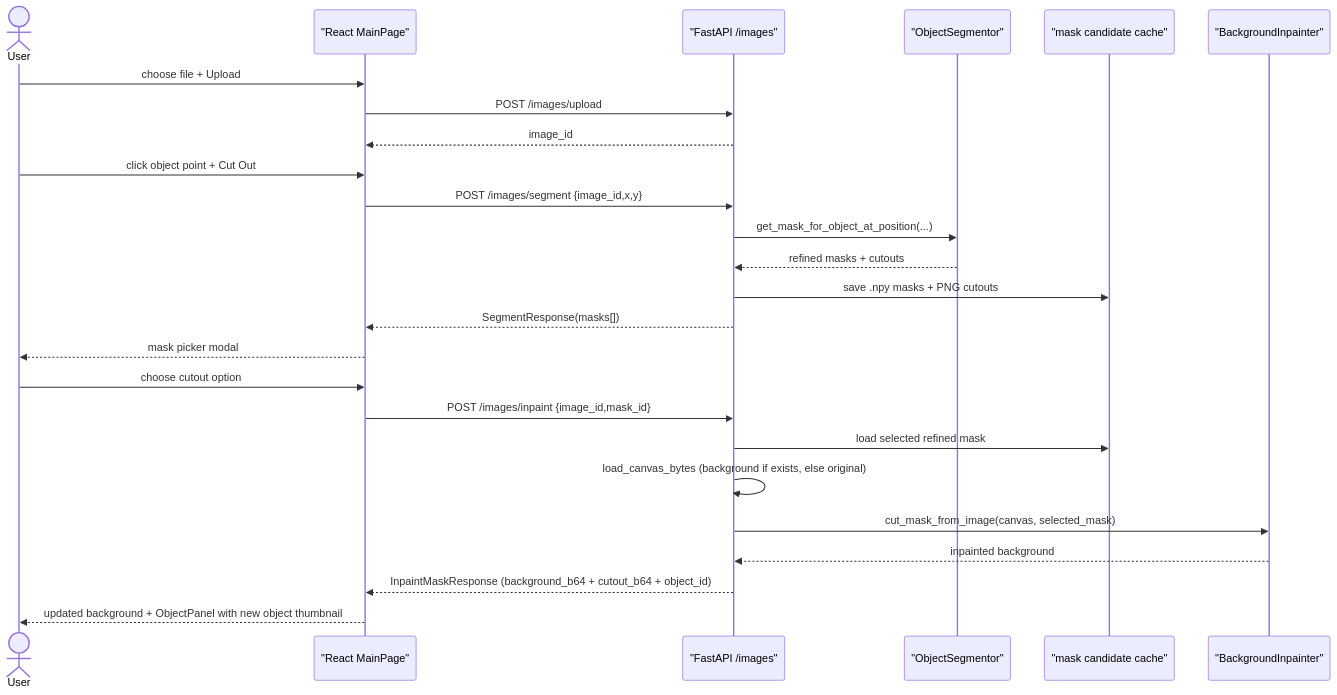
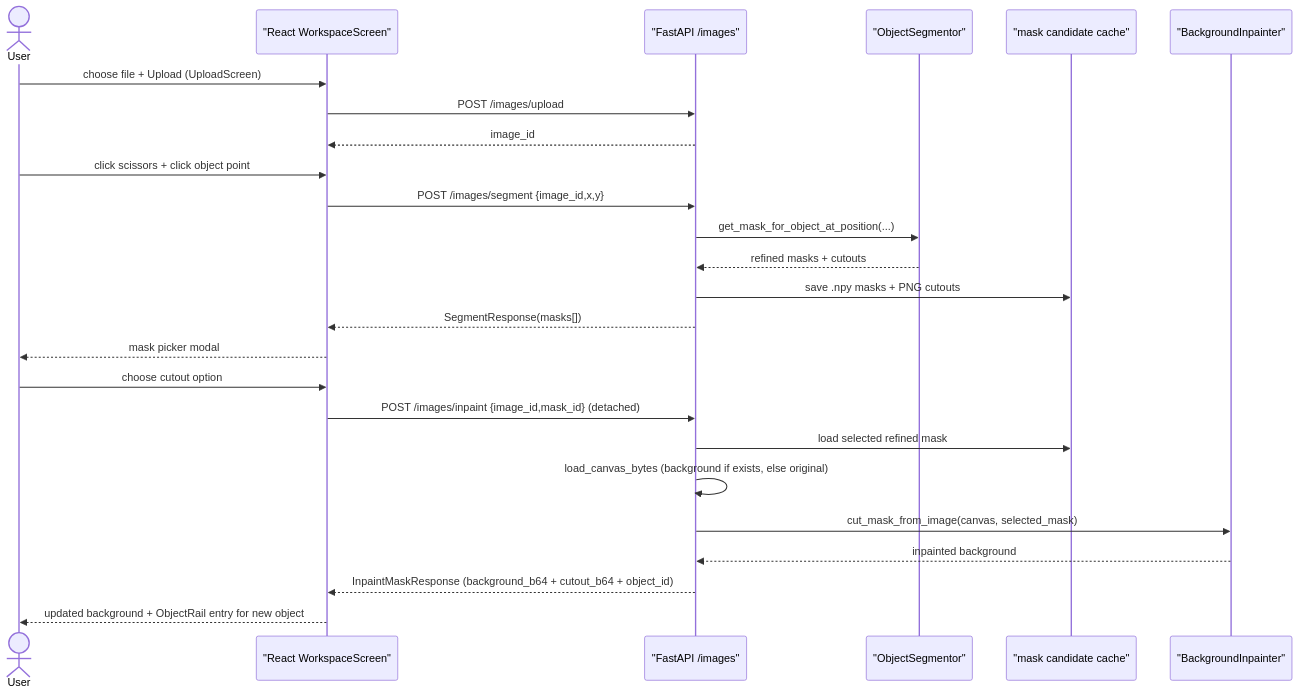
Before and after one commit to 1mache/avroom: the diagram in docs/data-flow.md, drawn with Mermaid. The commit also changed other lines of this file and 16 other files, not shown here.

````diff
--- a/docs/data-flow.md
+++ b/docs/data-flow.md
@@ -5,30 +5,30 @@
 ```mermaid
 sequenceDiagram
     actor User
-    participant UI as "React MainPage"
+    participant UI as "React WorkspaceScreen"
     participant API as "FastAPI /images"
     participant Segmentor as "ObjectSegmentor"
     participant Cache as "mask candidate cache"
     participant Inpainter as "BackgroundInpainter"
 
-    User->>UI: choose file + Upload
+    User->>UI: choose file + Upload (UploadScreen)
     UI->>API: POST /images/upload
     API-->>UI: image_id
 
-    User->>UI: click object point + Cut Out
+    User->>UI: click scissors + click object point
     UI->>API: POST /images/segment {image_id,x,y}
     API->>Segmentor: get_mask_for_object_at_position(...)
     Segmentor-->>API: refined masks + cutouts
     API->>Cache: save .npy masks + PNG cutouts
     API-->>UI: SegmentResponse(masks[])
 
     UI-->>User: mask picker modal
     User->>UI: choose cutout option
-    UI->>API: POST /images/inpaint {image_id,mask_id}
+    UI->>API: POST /images/inpaint {image_id,mask_id}  (detached)
     API->>Cache: load selected refined mask
     API->>API: load_canvas_bytes (background if exists, else original)
     API->>Inpainter: cut_mask_from_image(canvas, selected_mask)
     Inpainter-->>API: inpainted background
     API-->>UI: InpaintMaskResponse (background_b64 + cutout_b64 + object_id)
-    UI-->>User: updated background + ObjectPanel with new object thumbnail
+    UI-->>User: updated background + ObjectRail entry for new object
 ```
````
